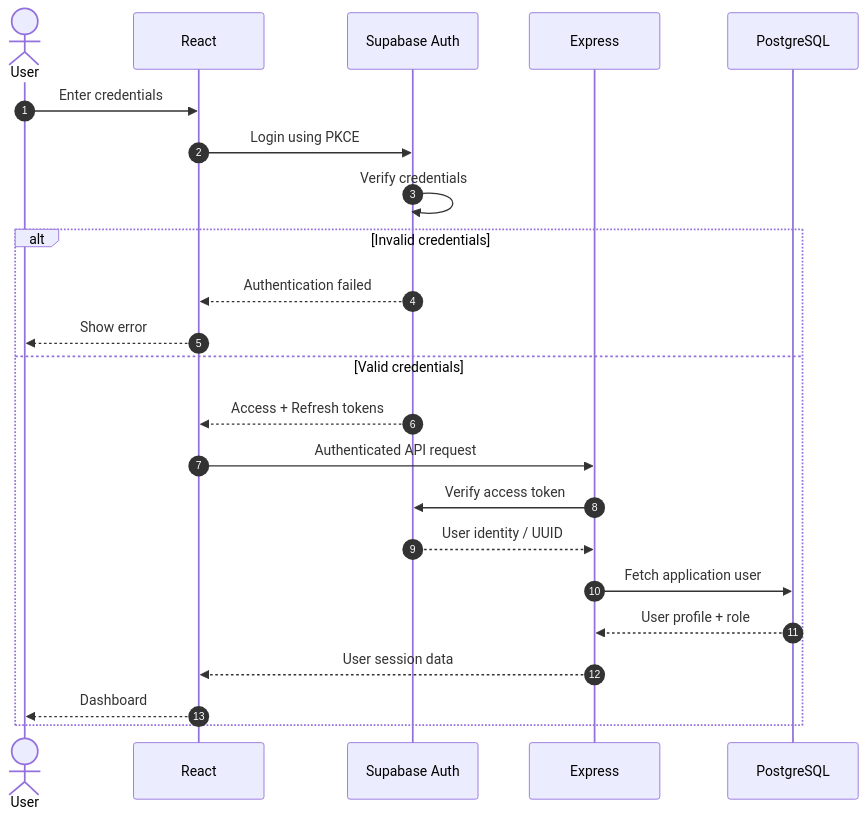
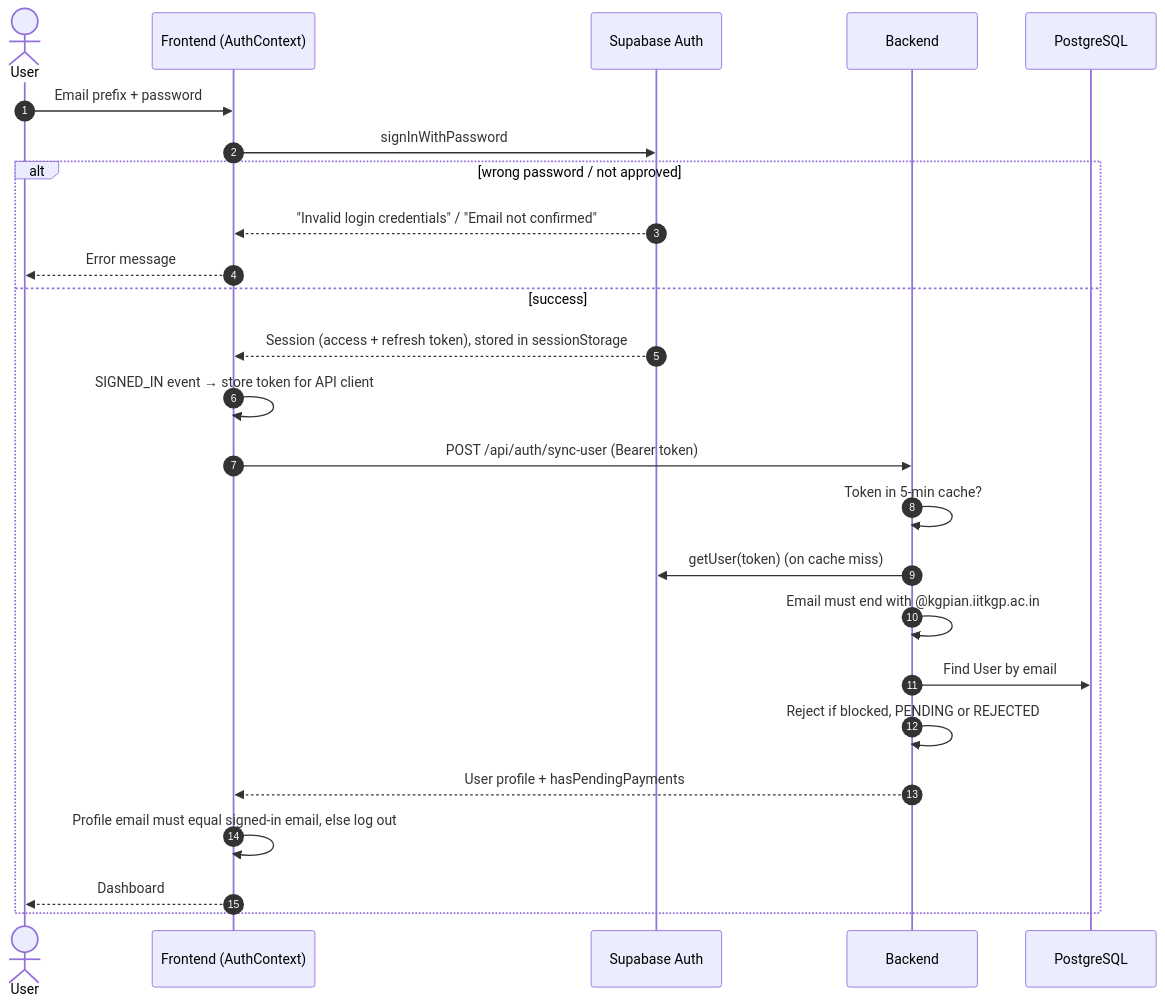
Before and after one commit to mobashshir-ubn-zainuddin/friday-cab-management: the third of 6 diagrams in README.md, drawn with Mermaid. The commit also changed other lines of this file and 2 other files, not shown here.

Commit message:
updated report and added syatem architecture and remove server's 5 minute cache if admin rights have been removed from any person which was leaving a securitry gap.

````diff
--- a/README.md
+++ b/README.md
@@ -302,33 +171,28 @@
 ```mermaid
 sequenceDiagram
     autonumber
-
-    actor User
-    participant Frontend as React
-    participant Auth as Supabase Auth
-    participant API as Express
+    actor U as User
+    participant FE as Frontend (AuthContext)
+    participant SA as Supabase Auth
+    participant API as Backend
     participant DB as PostgreSQL
 
-    User->>Frontend: Enter credentials
-
-    Frontend->>Auth: Login using PKCE
-    Auth->>Auth: Verify credentials
-
-    alt Invalid credentials
-        Auth-->>Frontend: Authentication failed
-        Frontend-->>User: Show error
-    else Valid credentials
-        Auth-->>Frontend: Access + Refresh tokens
-
-        Frontend->>API: Authenticated API request
-        API->>Auth: Verify access token
-
-        Auth-->>API: User identity / UUID
-
-        API->>DB: Fetch application user
-        DB-->>API: User profile + role
-
-        API-->>Frontend: User session data
-        Frontend-->>User: Dashboard
+    U->>FE: Email prefix + password
+    FE->>SA: signInWithPassword
+    alt wrong password / not approved
+        SA-->>FE: "Invalid login credentials" / "Email not confirmed"
+        FE-->>U: Error message
+    else success
+        SA-->>FE: Session (access + refresh token), stored in sessionStorage
+        FE->>FE: SIGNED_IN event → store token for API client
+        FE->>API: POST /api/auth/sync-user (Bearer token)
+        API->>API: Token in 5-min cache?
+        API->>SA: getUser(token) (on cache miss)
+        API->>API: Email must end with @kgpian.iitkgp.ac.in
+        API->>DB: Find User by email
+        API->>API: Reject if blocked, PENDING or REJECTED
+        API-->>FE: User profile + hasPendingPayments
+        FE->>FE: Profile email must equal signed-in email, else log out
+        FE-->>U: Dashboard
     end
 ```
````
